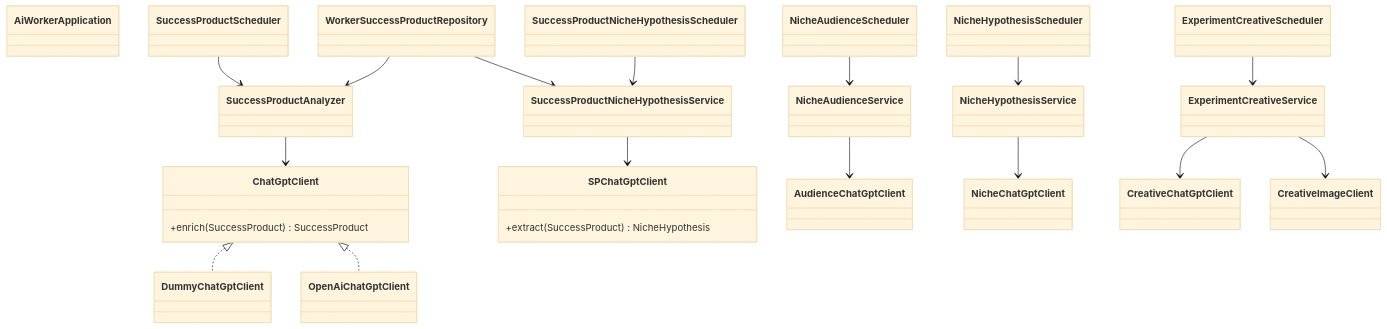
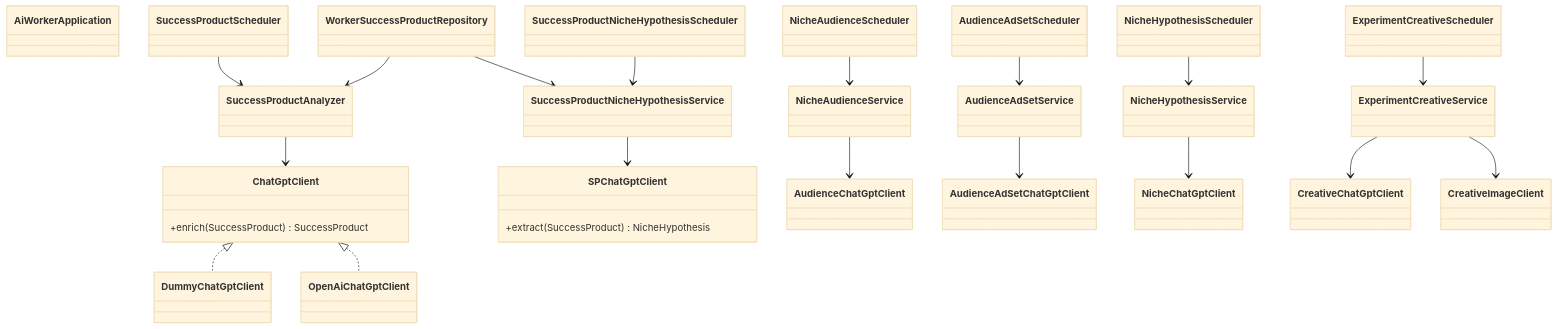
One commit to paulofor/marketing-hub changed the diagram in docs/ai-worker/class-diagram.md. Above: the diagram before and after it, drawn with Mermaid (base theme). The commit also changed 16 other files, not shown here.

Commit message:
Add AI worker service to generate ad set segmentation

````diff
--- a/docs/ai-worker/class-diagram.md
+++ b/docs/ai-worker/class-diagram.md
@@ -3,39 +3,44 @@
 ```mermaid
 classDiagram
     class AiWorkerApplication
     class SuccessProductAnalyzer
     class SuccessProductScheduler
     class ChatGptClient {
         +enrich(SuccessProduct) SuccessProduct
     }
     ChatGptClient <|.. DummyChatGptClient
     ChatGptClient <|.. OpenAiChatGptClient
     SuccessProductAnalyzer --> ChatGptClient
     WorkerSuccessProductRepository --> SuccessProductAnalyzer
     SuccessProductScheduler --> SuccessProductAnalyzer
 
     class SuccessProductNicheHypothesisService
     class SuccessProductNicheHypothesisScheduler
     class SPChatGptClient {
         +extract(SuccessProduct) NicheHypothesis
     }
     SuccessProductNicheHypothesisService --> SPChatGptClient
     WorkerSuccessProductRepository --> SuccessProductNicheHypothesisService
     SuccessProductNicheHypothesisScheduler --> SuccessProductNicheHypothesisService
 
     class NicheHypothesisService
     class NicheHypothesisScheduler
     class ExperimentCreativeService
     class ExperimentCreativeScheduler
     class NicheAudienceService
     class NicheAudienceScheduler
     class AudienceChatGptClient
+    class AudienceAdSetService
+    class AudienceAdSetScheduler
+    class AudienceAdSetChatGptClient
 
     NicheHypothesisScheduler --> NicheHypothesisService
     ExperimentCreativeScheduler --> ExperimentCreativeService
     NicheHypothesisService --> NicheChatGptClient
     ExperimentCreativeService --> CreativeChatGptClient
     ExperimentCreativeService --> CreativeImageClient
     NicheAudienceScheduler --> NicheAudienceService
     NicheAudienceService --> AudienceChatGptClient
+    AudienceAdSetScheduler --> AudienceAdSetService
+    AudienceAdSetService --> AudienceAdSetChatGptClient
 ```
````
